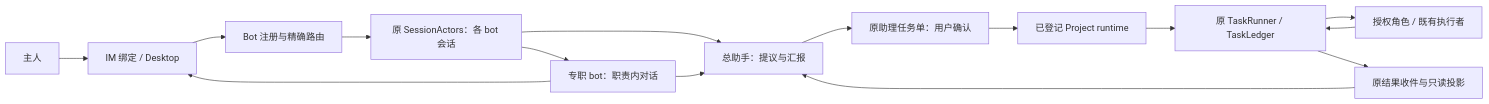
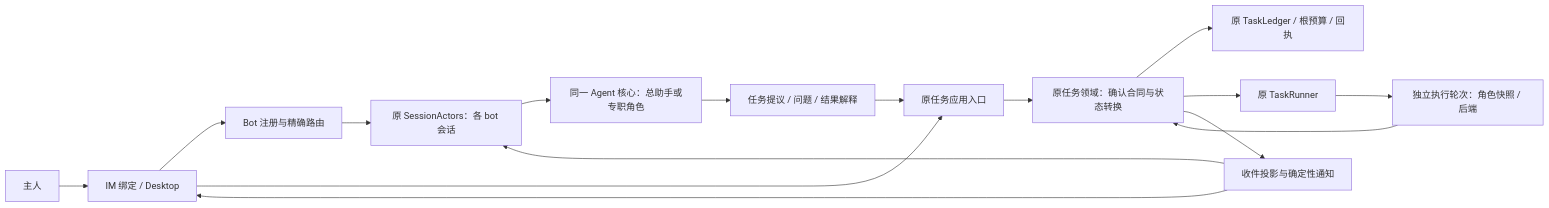
One commit to DingHappy/VortoCode changed the diagram in docs/MULTI_BOT_DESIGN.md. Above: the diagram before and after it, drawn with Mermaid. The commit also changed other lines of this file and 3 other files, not shown here.

Commit message:
docs: separate bot conversations task control and execution

````diff
--- a/docs/MULTI_BOT_DESIGN.md
+++ b/docs/MULTI_BOT_DESIGN.md
@@ -83,17 +116,18 @@
 ```mermaid
 flowchart LR
     U["主人"] --> B["IM 绑定 / Desktop"]
     B --> R["Bot 注册与精确路由"]
     R --> A["原 SessionActors：各 bot 会话"]
-    A --> C["总助手：提议与汇报"]
-    A --> S["专职 bot：职责内对话"]
-    S --> B
-    S --> C
-    C --> D["原助理任务单：用户确认"]
-    D --> P["已登记 Project runtime"]
-    P --> T["原 TaskRunner / TaskLedger"]
-    T --> W["授权角色 / 既有执行者"]
-    W --> T
-    T --> I["原结果收件与只读投影"]
-    I --> C
+    A --> M["同一 Agent 核心：总助手或专职角色"]
+    M --> D["任务提议 / 问题 / 结果解释"]
+    D --> F["原任务应用入口"]
+    B --> F
+    F --> C["原任务领域：确认合同与状态转换"]
+    C --> T["原 TaskLedger / 根预算 / 回执"]
+    C --> P["原 TaskRunner"]
+    P --> W["独立执行轮次：角色快照 / 后端"]
+    W --> C
+    C --> V["收件投影与确定性通知"]
+    V --> B
+    V --> A
 ```
````
